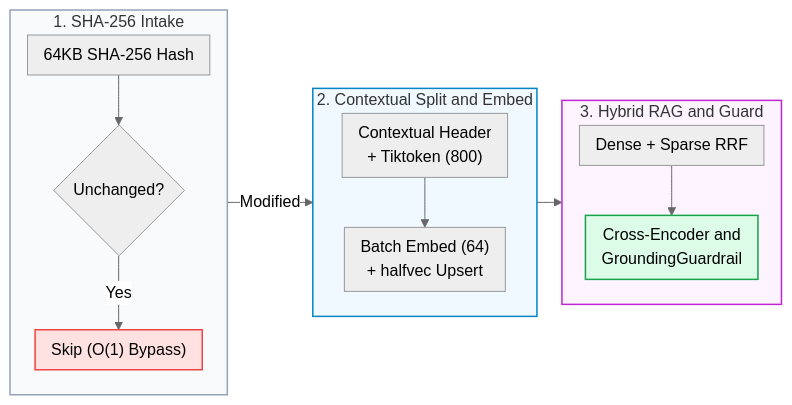
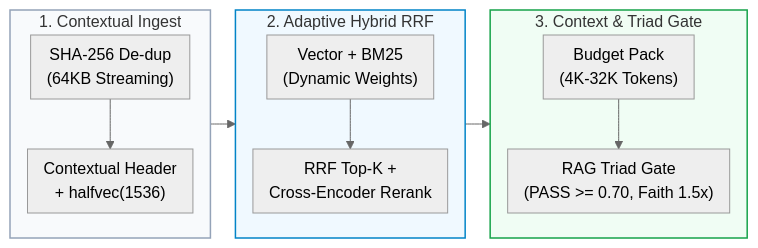
The fourth of 12 diagrams in README.md (Kenono2000/enterprise-rag-pgvector-rbac), drawn with Mermaid (neutral theme) before and after one commit. The commit also changed other lines of this file, not shown here.

Commit message:
docs: update README navigation, diagrams, and section numbering

````diff
--- a/README.md
+++ b/README.md
@@ -137,24 +117,20 @@
 ```mermaid
 %%{init: {'flowchart': {'nodeSpacing': 15, 'rankSpacing': 25, 'padding': 8}}}%%
 flowchart LR
-    subgraph Stage1 ["1. SHA-256 Intake"]
+    subgraph Ingest ["1. Contextual Ingest"]
         direction TB
-        Hash["64KB SHA-256 Hash"] --> Check{"Unchanged?"}
-        Check -->|"Yes"| Skip["Skip (O(1) Bypass)"]
+        Doc["SHA-256 De-dup<br/>(64KB Streaming)"] --> Chunk["Contextual Header<br/>+ halfvec(1536)"]
     end
-    subgraph Stage2 ["2. Contextual Split and Embed"]
+    subgraph Search ["2. Adaptive Hybrid RRF"]
         direction TB
-        Split["Contextual Header<br/>+ Tiktoken (800)"] --> Embed["Batch Embed (64)<br/>+ halfvec Upsert"]
+        Vec["Vector + BM25<br/>(Dynamic Weights)"] --> RRF["RRF Top-K +<br/>Cross-Encoder Rerank"]
     end
-    subgraph Stage3 ["3. Hybrid RAG and Guard"]
+    subgraph Context ["3. Context &amp; Triad Gate"]
         direction TB
-        RRF["Dense + Sparse RRF"] --> Guard["Cross-Encoder and<br/>GroundingGuardrail"]
+        Pack["Budget Pack<br/>(4K-32K Tokens)"] --> Triad["RAG Triad Gate<br/>(PASS &gt;= 0.70, Faith 1.5x)"]
     end
-    Check -->|"Modified"| Split
-    Embed --> RRF
-    style Stage1 fill:#f8fafc,stroke:#94a3b8,stroke-width:1.5px
-    style Stage2 fill:#f0f9ff,stroke:#0284c7,stroke-width:1.5px
-    style Stage3 fill:#fdf4ff,stroke:#c026d3,stroke-width:1.5px
-    style Skip fill:#fee2e2,stroke:#ef4444,stroke-width:1.5px
-    style Guard fill:#dcfce7,stroke:#16a34a,stroke-width:1.5px
+    Ingest --> Search --> Context
+    style Ingest fill:#f8fafc,stroke:#94a3b8,stroke-width:1.5px
+    style Search fill:#f0f9ff,stroke:#0284c7,stroke-width:1.5px
+    style Context fill:#f0fdf4,stroke:#16a34a,stroke-width:1.5px
 ```
````
